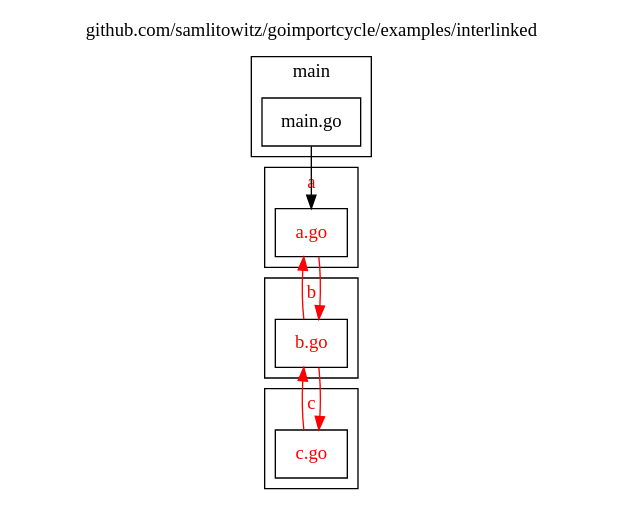
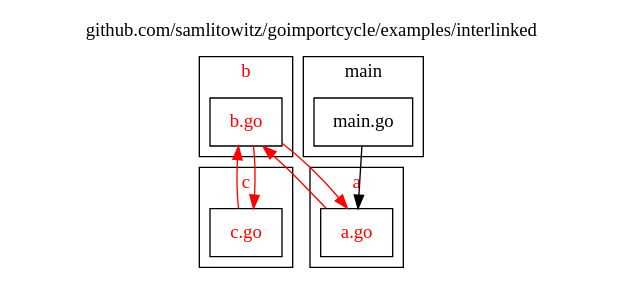
One commit to samlitowitz/goimportcycle changed the diagram in assets/examples/interlinked/file.dot. Above: the diagram before and after it, drawn with Graphviz. The commit also changed other lines of this file and 28 other files, not shown here.

```diff
--- a/assets/examples/interlinked/file.dot
+++ b/assets/examples/interlinked/file.dot
@@ -1,49 +1,49 @@
 
 digraph {
 	labelloc="t";
 	label="github.com/samlitowitz/goimportcycle/examples/interlinked";
 	rankdir="TB";
 	node [shape="rect"];
+
+	subgraph cluster_pkg_b {
+		label="b";
+		style="filled";
+		fontcolor="#ff0000";
+		fillcolor="#ffffff";
+
+		pkg_b_file_b [label="b.go", style="filled", fontcolor="#ff0000", fillcolor="#ffffff"];
+	};
+
+	subgraph cluster_pkg_c {
+		label="c";
+		style="filled";
+		fontcolor="#ff0000";
+		fillcolor="#ffffff";
+
+		pkg_c_file_c [label="c.go", style="filled", fontcolor="#ff0000", fillcolor="#ffffff"];
+	};
 
 	subgraph cluster_pkg_main {
 		label="main";
 		style="filled";
 		fontcolor="#000000";
 		fillcolor="#ffffff";
 
 		pkg_main_file_main [label="main.go", style="filled", fontcolor="#000000", fillcolor="#ffffff"];
 	};
 
 	subgraph cluster_pkg_a {
 		label="a";
 		style="filled";
 		fontcolor="#ff0000";
 		fillcolor="#ffffff";
 
 		pkg_a_file_a [label="a.go", style="filled", fontcolor="#ff0000", fillcolor="#ffffff"];
 	};
 
-	subgraph cluster_pkg_b {
-		label="b";
-		style="filled";
-		fontcolor="#ff0000";
-		fillcolor="#ffffff";
-
-		pkg_b_file_b [label="b.go", style="filled", fontcolor="#ff0000", fillcolor="#ffffff"];
-	};
-
-	subgraph cluster_pkg_c {
-		label="c";
-		style="filled";
-		fontcolor="#ff0000";
-		fillcolor="#ffffff";
-
-		pkg_c_file_c [label="c.go", style="filled", fontcolor="#ff0000", fillcolor="#ffffff"];
-	};
-
-	pkg_main_file_main -> pkg_a_file_a [color="#000000"];
-	pkg_a_file_a -> pkg_b_file_b [color="#ff0000"];
 	pkg_b_file_b -> pkg_a_file_a [color="#ff0000"];
 	pkg_b_file_b -> pkg_c_file_c [color="#ff0000"];
 	pkg_c_file_c -> pkg_b_file_b [color="#ff0000"];
+	pkg_main_file_main -> pkg_a_file_a [color="#000000"];
+	pkg_a_file_a -> pkg_b_file_b [color="#ff0000"];
 }
```
